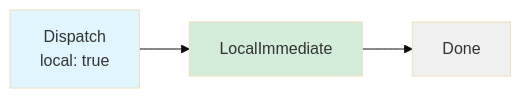
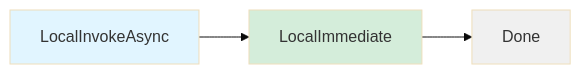
One commit to whizbang-lib/whizbang-lib.github.io changed the first of 3 diagrams in src/assets/docs/v1.0.0/fundamentals/lifecycle/lifecycle-stages.md. Above: the diagram before and after it, drawn with Mermaid (base theme). The commit also changed other lines of this file and 107 other files, not shown here.

````diff
--- a/src/assets/docs/v1.0.0/fundamentals/lifecycle/lifecycle-stages.md
+++ b/src/assets/docs/v1.0.0/fundamentals/lifecycle/lifecycle-stages.md
@@ -36,9 +52,9 @@
 ```mermaid
 graph LR
-    A[Dispatch<br>local: true] --> B[LocalImmediate]
+    A[LocalInvokeAsync] --> B[LocalImmediate]
     B --> C[Done]
 
     style A fill:#e1f5ff
     style B fill:#d4edda
     style C fill:#f0f0f0
 ```
````
